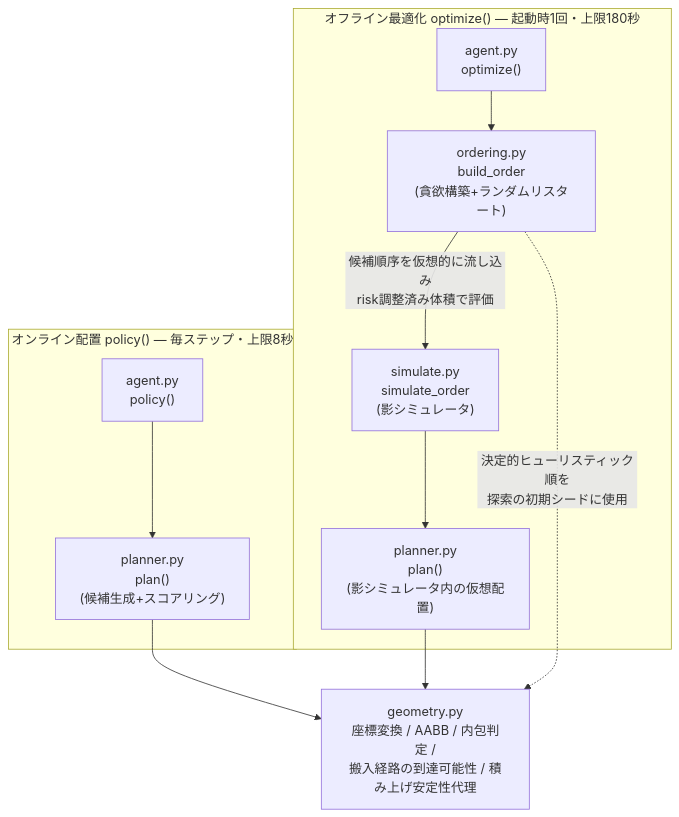
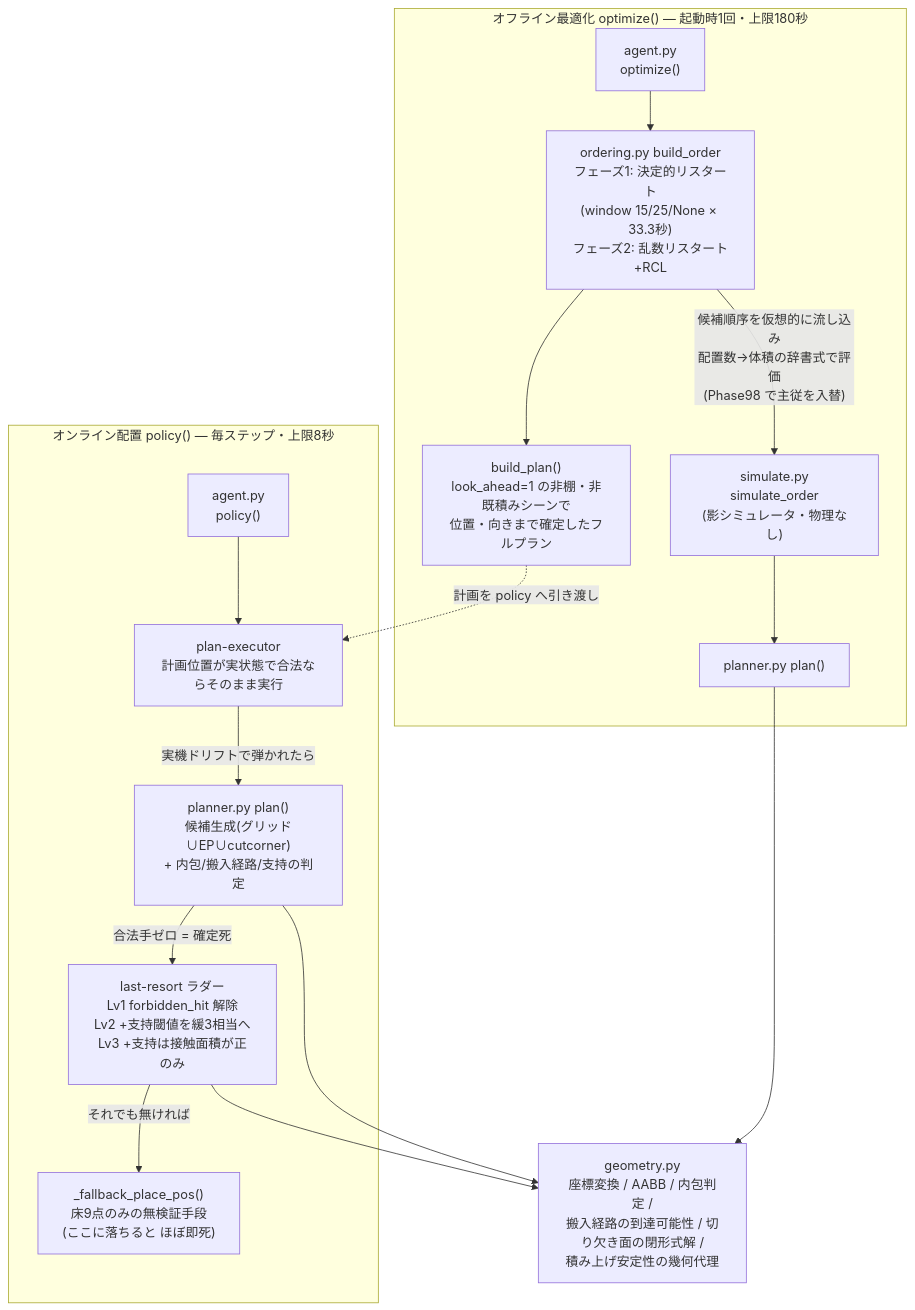
One commit to MasahiroTatsuta/baggage-packing changed the third of 3 diagrams in README.md. Above: the diagram before and after it, drawn with Mermaid. The commit also changed other lines of this file, not shown here.

First line of the commit message:
docs(README): 現在地(public 61.092)まで全面更新 — 成果表・グラフ2点・アーキテクチャ図・総括

````diff
--- a/README.md
+++ b/README.md
@@ -88,14 +120,19 @@
 ```mermaid
 graph TB
     subgraph OFFLINE["オフライン最適化 optimize() — 起動時1回・上限180秒"]
-        AG1["agent.py<br/>optimize()"] --> ORD["ordering.py<br/>build_order<br/>(貪欲構築+ランダムリスタート)"]
-        ORD -->|"候補順序を仮想的に流し込み<br/>risk調整済み体積で評価"| SIM["simulate.py<br/>simulate_order<br/>(影シミュレータ)"]
-        SIM --> PL1["planner.py<br/>plan()<br/>(影シミュレータ内の仮想配置)"]
+        AG1["agent.py<br/>optimize()"] --> ORD["ordering.py build_order<br/>フェーズ1: 決定的リスタート<br/>(window 15/25/None × 33.3秒)<br/>フェーズ2: 乱数リスタート+RCL"]
+        ORD -->|"候補順序を仮想的に流し込み<br/>配置数→体積の辞書式で評価<br/>(Phase98 で主従を入替)"| SIM["simulate.py<br/>simulate_order<br/>(影シミュレータ・物理なし)"]
+        SIM --> PL1["planner.py plan()"]
+        ORD --> BP["build_plan()<br/>look_ahead=1 の非棚・非既積みシーンで<br/>位置・向きまで確定したフルプラン"]
     end
     subgraph ONLINE["オンライン配置 policy() — 毎ステップ・上限8秒"]
-        AG2["agent.py<br/>policy()"] --> PL2["planner.py<br/>plan()<br/>(候補生成+スコアリング)"]
+        AG2["agent.py<br/>policy()"] --> PE["plan-executor<br/>計画位置が実状態で合法ならそのまま実行"]
+        PE -->|"実機ドリフトで弾かれたら"| PL2["planner.py plan()<br/>候補生成(グリッド∪EP∪cutcorner)<br/>+ 内包/搬入経路/支持の判定"]
+        PL2 -->|"合法手ゼロ = 確定死"| LR["last-resort ラダー<br/>Lv1 forbidden_hit 解除<br/>Lv2 +支持閾値を緩3相当へ<br/>Lv3 +支持は接触面積が正のみ"]
+        LR -->|"それでも無ければ"| FB["_fallback_place_pos()<br/>床9点のみの無検証手段<br/>(ここに落ちると ほぼ即死)"]
     end
-    PL1 --> GEO["geometry.py<br/>座標変換 / AABB / 内包判定 /<br/>搬入経路の到達可能性 / 積み上げ安定性代理"]
+    BP -.->|"計画を policy へ引き渡し"| PE
+    PL1 --> GEO["geometry.py<br/>座標変換 / AABB / 内包判定 /<br/>搬入経路の到達可能性 / 切り欠き面の閉形式解 /<br/>積み上げ安定性の幾何代理"]
     PL2 --> GEO
-    ORD -.->|"決定的ヒューリスティック順を<br/>探索の初期シードに使用"| GEO
+    LR --> GEO
 ```
````
